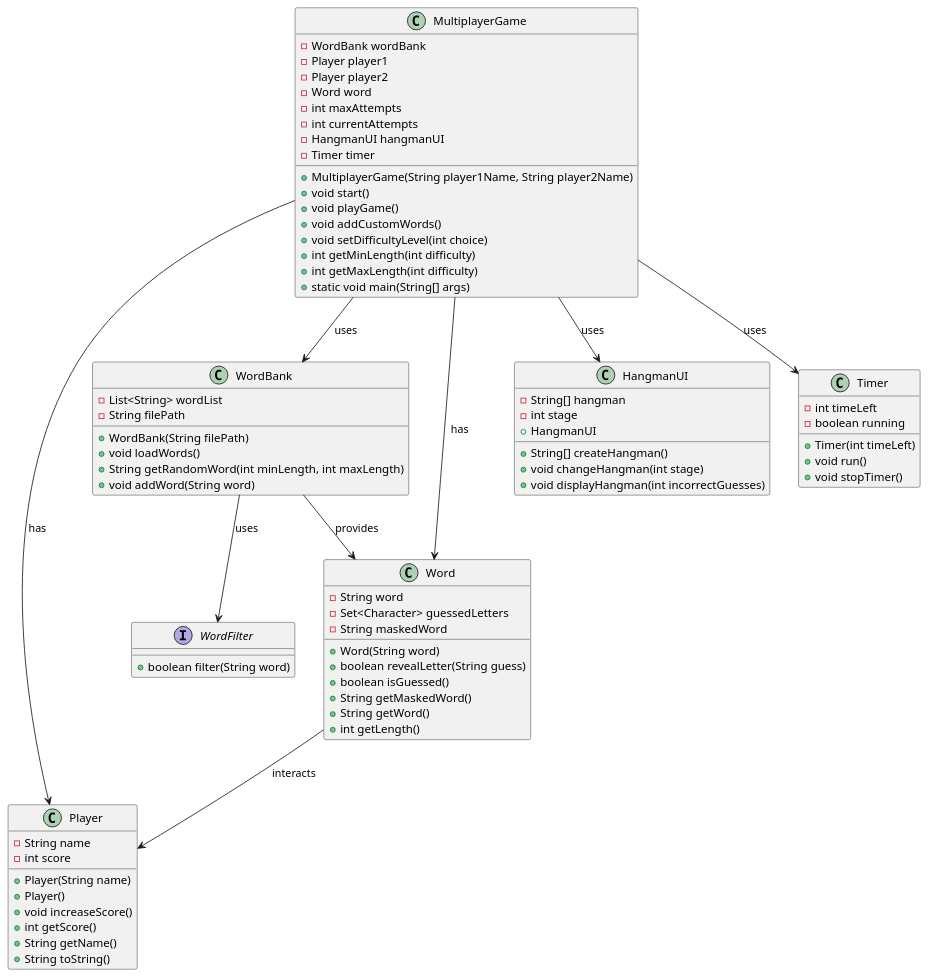
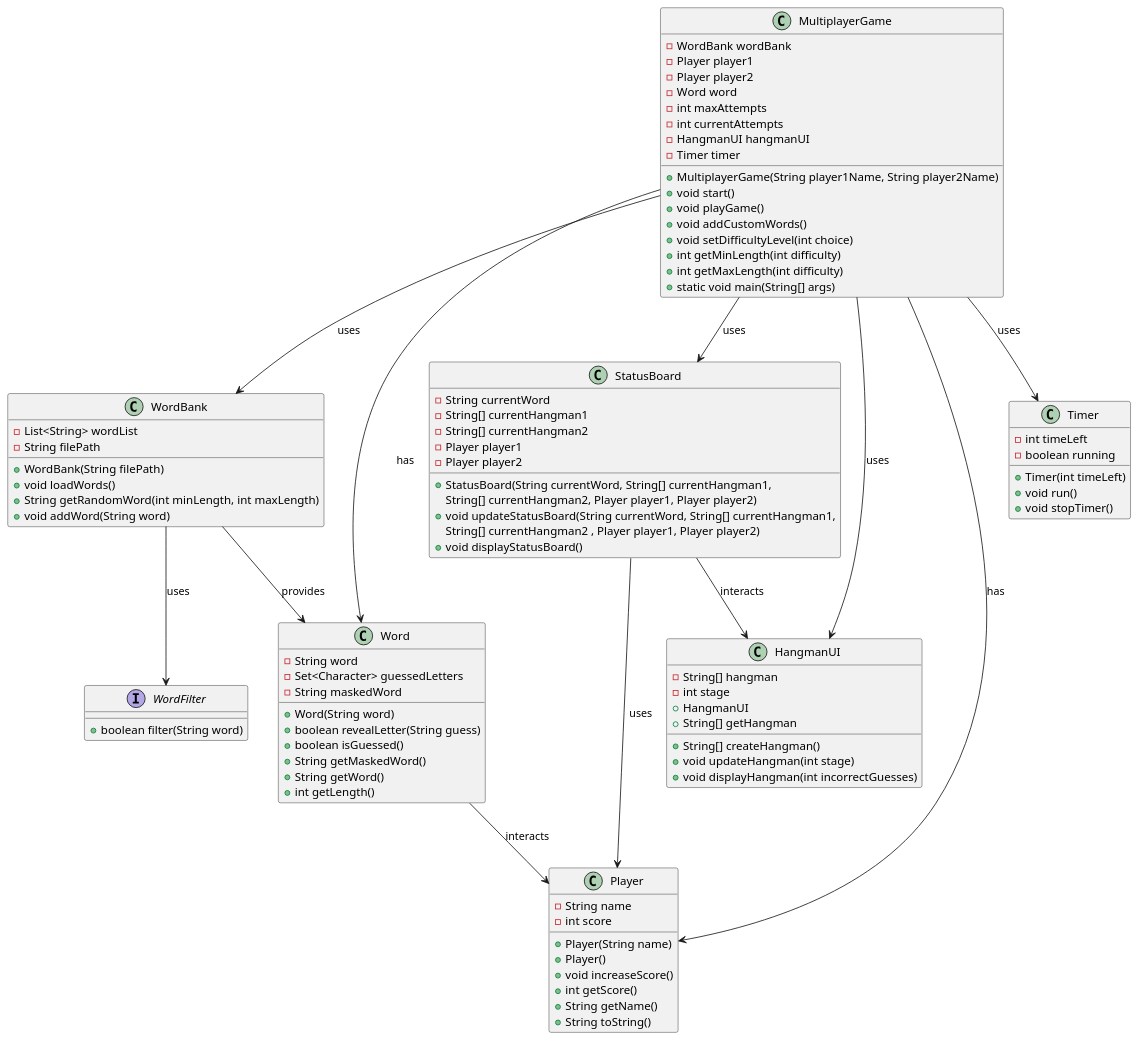
The diagram in ClassDiagram.puml (dci-fbw-j-24-e02/The-Competition-Project1), drawn with PlantUML before and after one commit.

Commit message:
Updated ClassDiagram: added StatusBoard class and updates within HangmanUI class

```diff
--- a/ClassDiagram.puml
+++ b/ClassDiagram.puml
@@ -1,84 +1,100 @@
 @startuml
 
 class WordBank {
     - List<String> wordList
     - String filePath
     + WordBank(String filePath)
     + void loadWords()
     + String getRandomWord(int minLength, int maxLength)
     + void addWord(String word)
 }
 
 interface WordFilter{
     + boolean filter(String word)
 }
 
 class Player {
     - String name
     - int score
     + Player(String name)
     + Player()
     + void increaseScore()
     + int getScore()
     + String getName()
     + String toString()
 }
 
 class Word {
     - String word
     - Set<Character> guessedLetters
     - String maskedWord
     + Word(String word)
     + boolean revealLetter(String guess)
     + boolean isGuessed()
     + String getMaskedWord()
     + String getWord()
     + int getLength()
 }
+class StatusBoard {
+    - String currentWord
+    - String[] currentHangman1
+    - String[] currentHangman2
+    - Player player1
+    - Player player2
+    + StatusBoard(String currentWord, String[] currentHangman1,
+    String[] currentHangman2, Player player1, Player player2)
+    + void updateStatusBoard(String currentWord, String[] currentHangman1,
+    String[] currentHangman2 , Player player1, Player player2)
+    + void displayStatusBoard()
+}
 
 class HangmanUI {
     - String[] hangman
     - int stage
     + HangmanUI
     + String[] createHangman()
-    + void changeHangman(int stage)
+    + void updateHangman(int stage)
     + void displayHangman(int incorrectGuesses)
+    + String[] getHangman
 }
 
 class Timer {
     - int timeLeft
     - boolean running
     + Timer(int timeLeft)
     + void run()
     + void stopTimer()
 }
 
 class MultiplayerGame {
     - WordBank wordBank
     - Player player1
     - Player player2
     - Word word
     - int maxAttempts
     - int currentAttempts
     - HangmanUI hangmanUI
     - Timer timer
     + MultiplayerGame(String player1Name, String player2Name)
     + void start()
     + void playGame()
     + void addCustomWords()
     + void setDifficultyLevel(int choice)
     + int getMinLength(int difficulty)
     + int getMaxLength(int difficulty)
     + static void main(String[] args)
 }
 
 MultiplayerGame --> WordBank : uses
 MultiplayerGame --> Player : has
 MultiplayerGame --> Word : has
 MultiplayerGame --> HangmanUI : uses
 MultiplayerGame --> Timer : uses
 WordBank --> WordFilter : uses
 WordBank --> Word : provides
 Word --> Player : interacts
+MultiplayerGame --> StatusBoard : uses
+StatusBoard --> Player : uses
+StatusBoard --> HangmanUI : interacts
 
 @enduml
```
